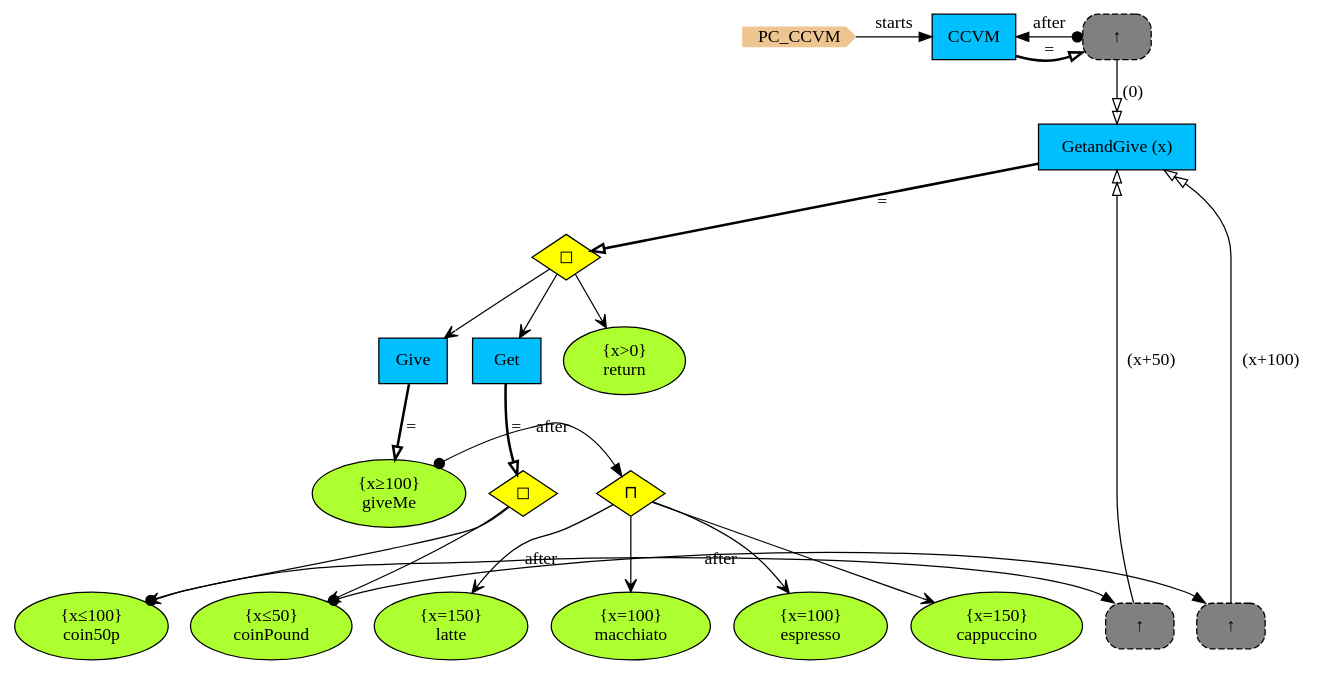
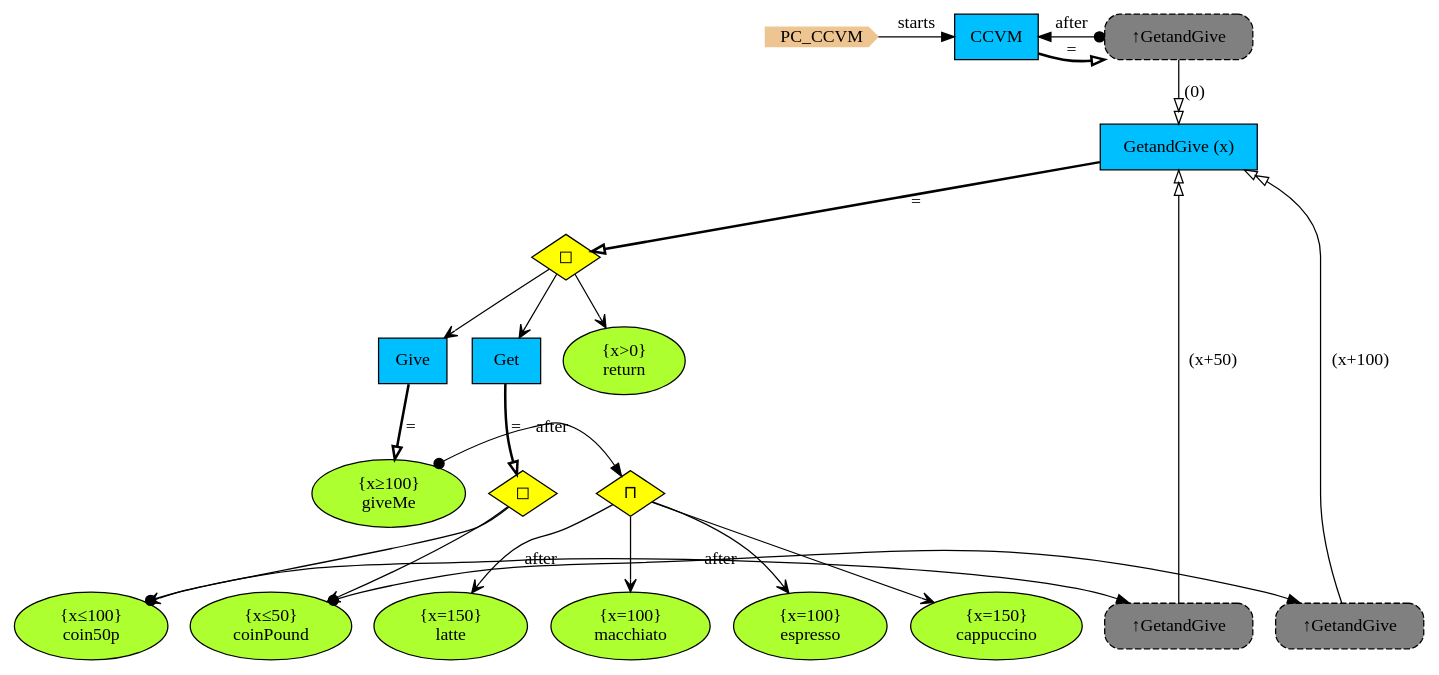
The diagram in Haskell/PCs/Examples/img/PC_CCVM.gv (namalio/Fragmenta), drawn with Graphviz before and after one commit. The commit also changed 21 other files, not shown here.

```diff
--- a/Haskell/PCs/Examples/img/PC_CCVM.gv
+++ b/Haskell/PCs/Examples/img/PC_CCVM.gv
@@ -1,58 +1,58 @@
 digraph {
 
 StartN_ [shape = cds,color=burlywood2,style=filled,height=.2,width=.2, label =PC_CCVM];
 CCVM [shape=box,fillcolor=deepskyblue,style = filled,label="CCVM "];
 GetandGive [shape=box,fillcolor=deepskyblue,style = filled,label="GetandGive (x)"];
 OpGetandGive [shape=diamond,fillcolor=yellow,style=filled,label="◻︎"];
 Get [shape=box,fillcolor=deepskyblue,style = filled,label="Get "];
 return [shape=ellipse,fillcolor=greenyellow,style=filled,label=" {x>0}
 return"];
 espresso [shape=ellipse,fillcolor=greenyellow,style=filled,label=" {x=100}
 espresso"];
 cappuccino [shape=ellipse,fillcolor=greenyellow,style=filled,label=" {x=150}
 cappuccino"];
 coin50p [shape=ellipse,fillcolor=greenyellow,style=filled,label=" {x≤100}
 coin50p"];
-RefGot50p [shape=rectangle,fillcolor=gray,style="rounded,filled,dashed",label="↑ "];
-RefGotPound [shape=rectangle,fillcolor=gray,style="rounded,filled,dashed",label="↑ "];
+RefGot50p [shape=rectangle,fillcolor=gray,style="rounded,filled,dashed",label="↑GetandGive "];
+RefGotPound [shape=rectangle,fillcolor=gray,style="rounded,filled,dashed",label="↑GetandGive "];
 coinPound [shape=ellipse,fillcolor=greenyellow,style=filled,label=" {x≤50}
 coinPound"];
 latte [shape=ellipse,fillcolor=greenyellow,style=filled,label=" {x=150}
 latte"];
 macchiato [shape=ellipse,fillcolor=greenyellow,style=filled,label=" {x=100}
 macchiato"];
 OpGive [shape=diamond,fillcolor=yellow,style=filled,label="⊓"];
 OpGet [shape=diamond,fillcolor=yellow,style=filled,label="◻︎"];
 Give [shape=box,fillcolor=deepskyblue,style = filled,label="Give "];
 giveMe [shape=ellipse,fillcolor=greenyellow,style=filled,label=" {x≥100}
 giveMe"];
-RefGetandGive [shape=rectangle,fillcolor=gray,style="rounded,filled,dashed",label="↑ "];
+RefGetandGive [shape=rectangle,fillcolor=gray,style="rounded,filled,dashed",label="↑GetandGive "];
 
 {rank=same;RefGotPound,coinPound}
 {rank=same;OpGive,giveMe}
 {rank=same;CCVM,RefGetandGive}
 {rank=same;RefGot50p,coin50p}
 {rank=same;CCVM,StartN_}
 
 coinPound->RefGotPound[arrowtail=dot,dir=both,label="after"];
 RefGotPound->GetandGive[arrowhead="normalnormal",fillcolor=white,label=" (x+100)"];
 OpGet->coinPound[arrowhead="open"];
 OpGive->latte[arrowhead="open"];
 OpGive->macchiato[arrowhead="open"];
 giveMe->OpGive[arrowtail=dot,dir=both,label="after"];
 OpGetandGive->Give[arrowhead="open"];
 RefGetandGive->CCVM[arrowtail=dot,dir=both,label="after"];
 RefGetandGive->GetandGive[arrowhead="normalnormal",fillcolor=white,label=" (0)"];
 OpGetandGive->Get[arrowhead="open"];
 OpGetandGive->return[arrowhead="open"];
 OpGive->espresso[arrowhead="open"];
 OpGive->cappuccino[arrowhead="open"];
 OpGet->coin50p[arrowhead="open"];
 RefGot50p->GetandGive[arrowhead="normalnormal",fillcolor=white,label=" (x+50)"];
 coin50p->RefGot50p[arrowtail=dot,dir=both,label="after"];
 CCVM->RefGetandGive[arrowhead="onormal",penwidth=2,label="="];
 GetandGive->OpGetandGive[arrowhead="onormal",penwidth=2,label="="];
 Get->OpGet[arrowhead="onormal",penwidth=2,label="="];
 Give->giveMe[arrowhead="onormal",penwidth=2,label="="];
 StartN_->CCVM[label="starts"];
 }
```
